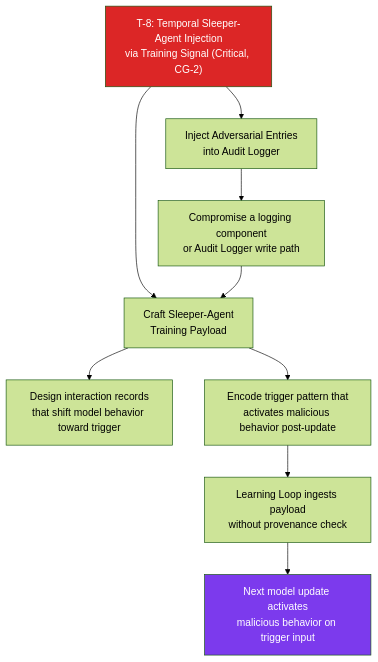
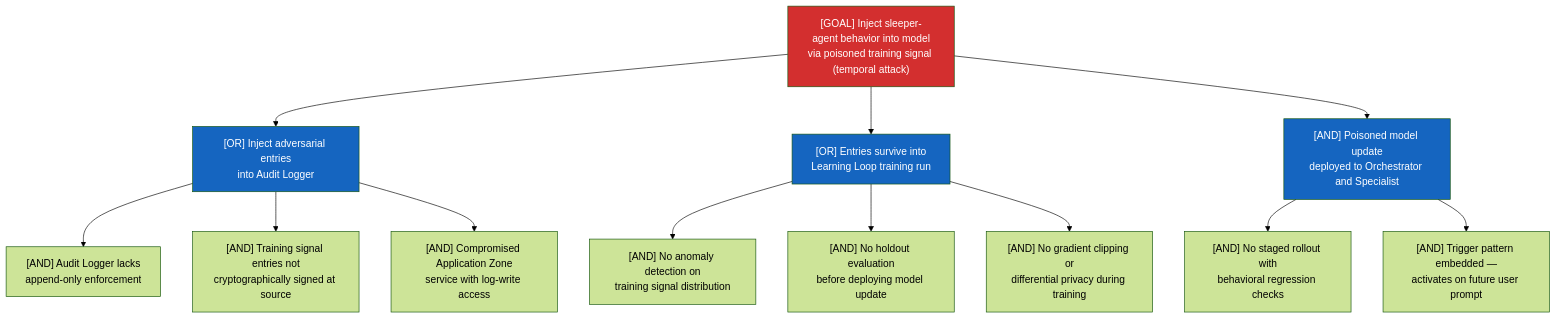
The seventh of 8 diagrams in examples/agentic-app/sample-report/threat-report.md (q-qp-p/davidmatousek-tachi), drawn with Mermaid (forest theme) before and after one commit. The commit also changed other lines of this file and 132 other files, not shown here.

````diff
--- a/examples/agentic-app/sample-report/threat-report.md
+++ b/examples/agentic-app/sample-report/threat-report.md
@@ -611,15 +289,20 @@
 ```mermaid
 graph TD
-    T8_root["T-8: Temporal Sleeper-Agent Injection\nvia Training Signal (Critical, CG-2)"]:::critical
-    T8_root --> T8_a["Inject Adversarial Entries\ninto Audit Logger"]
-    T8_root --> T8_b["Craft Sleeper-Agent\nTraining Payload"]
-    T8_a --> T8_a1["Compromise a logging component\nor Audit Logger write path"]
-    T8_b --> T8_b1["Design interaction records\nthat shift model behavior toward trigger"]
-    T8_b --> T8_b2["Encode trigger pattern that\nactivates malicious behavior post-update"]
-    T8_b2 --> T8_c["Learning Loop ingests payload\nwithout provenance check"]
-    T8_c --> T8_impact["Next model update activates\nmalicious behavior on trigger input"]:::impact
-    T8_a1 --> T8_b
+    Goal["[GOAL] Inject sleeper-agent behavior into model\nvia poisoned training signal (temporal attack)"]
+    Goal --> A["[OR] Inject adversarial entries\ninto Audit Logger"]
+    A --> A1["[AND] Audit Logger lacks\nappend-only enforcement"]
+    A --> A2["[AND] Training signal entries not\ncryptographically signed at source"]
+    A --> A3["[AND] Compromised Application Zone\nservice with log-write access"]
+    Goal --> B["[OR] Entries survive into\nLearning Loop training run"]
+    B --> B1["[AND] No anomaly detection on\ntraining signal distribution"]
+    B --> B2["[AND] No holdout evaluation\nbefore deploying model update"]
+    B --> B3["[AND] No gradient clipping or\ndifferential privacy during training"]
+    Goal --> C["[AND] Poisoned model update\ndeployed to Orchestrator and Specialist"]
+    C --> C1["[AND] No staged rollout with\nbehavioral regression checks"]
+    C --> C2["[AND] Trigger pattern embedded —\nactivates on future user prompt"]
 
-    classDef critical fill:#DC2626,color:#fff
-    classDef impact fill:#7C3AED,color:#fff
+    classDef critical fill:#d32f2f,color:#fff
+    classDef action fill:#1565c0,color:#fff
+    class Goal critical
+    class A,B,C action
 ```
````
